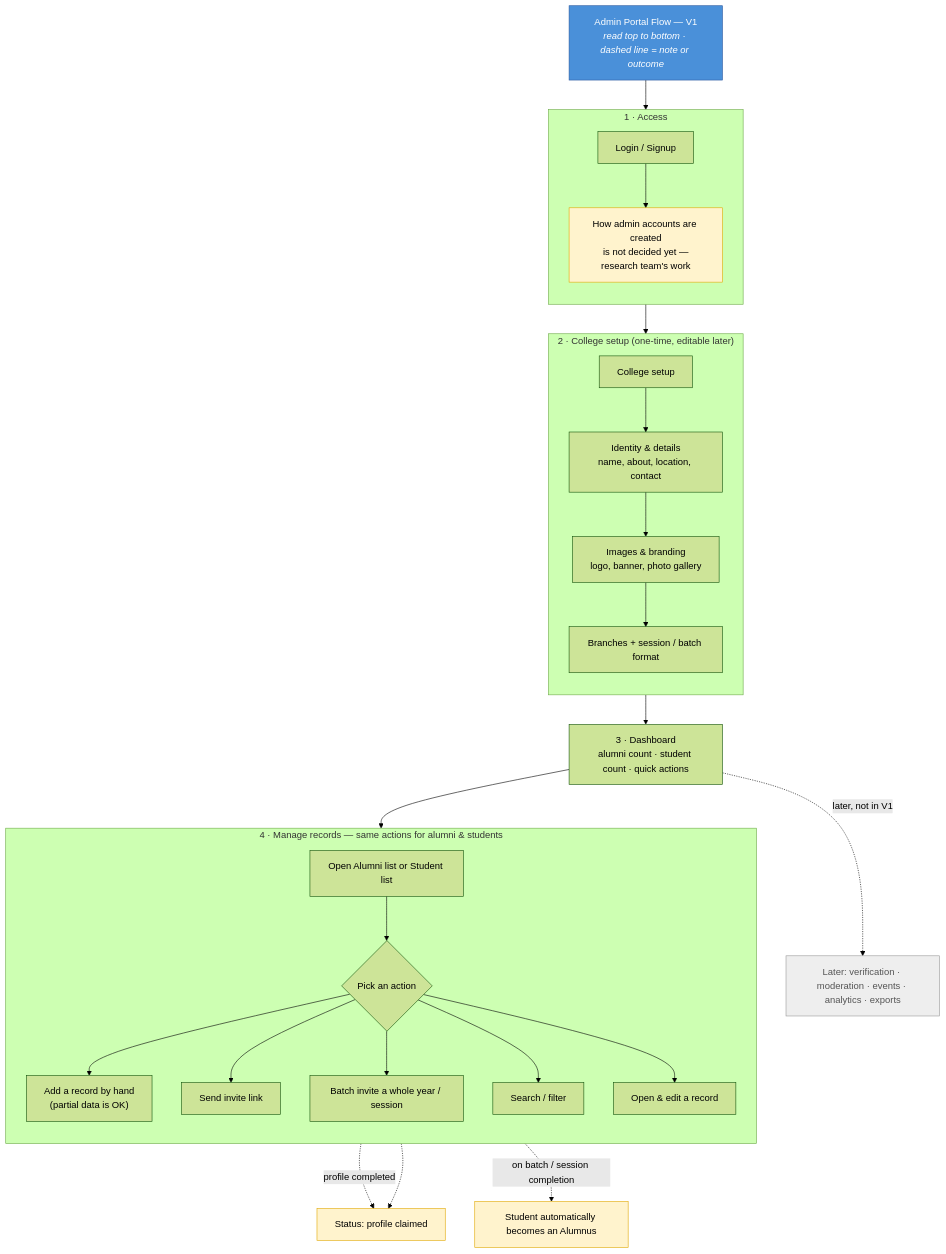
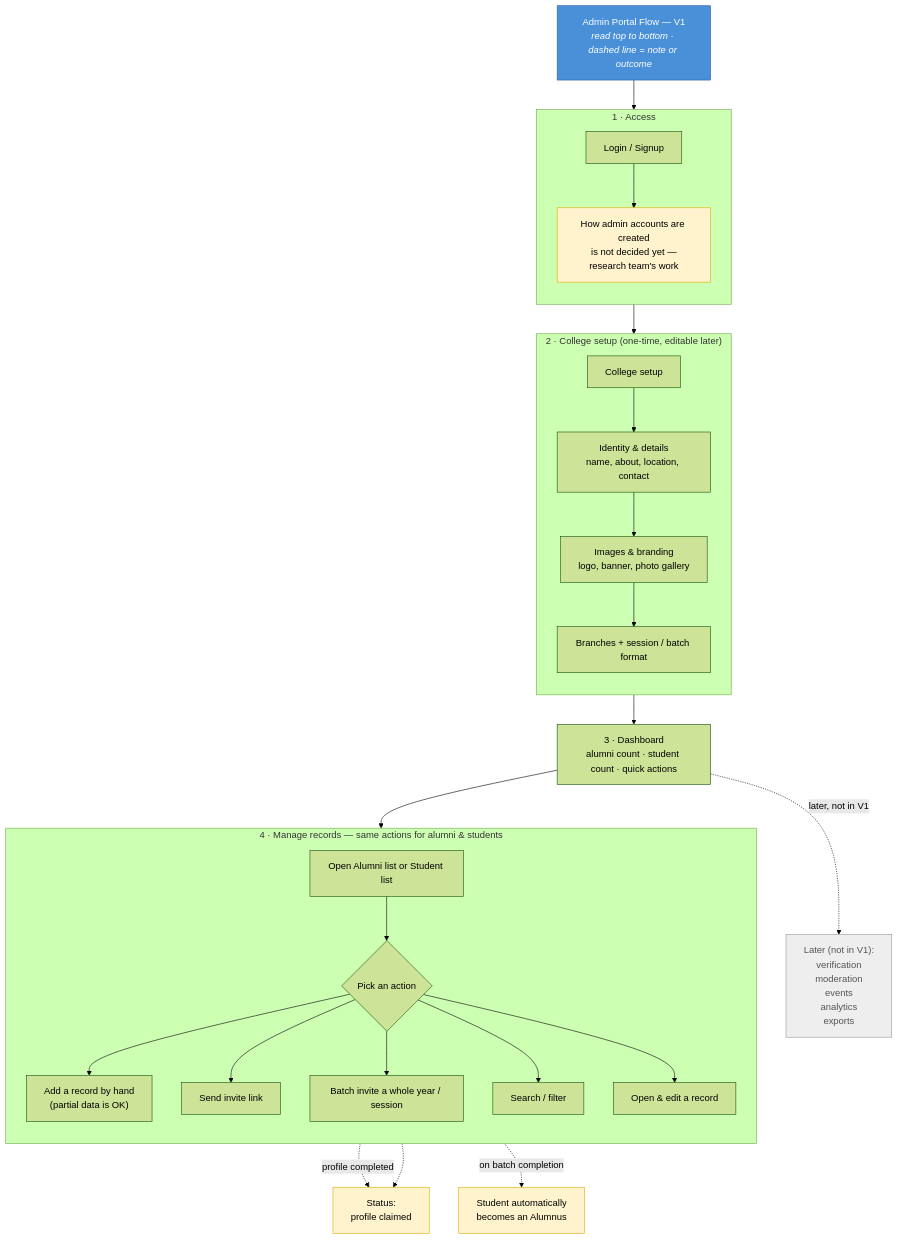
One commit to ColoredCow/alumni-connect changed the diagram in docs/admin-portal-flow.md. Above: the diagram before and after it, drawn with Mermaid (forest theme).

Commit message:
Wrap long node labels so text fits in the boxes
Break the 'becomes an Alumnus' and 'Later' nodes onto multiple lines
so the boxes grow taller and the full text shows instead of clipping.

````diff
--- a/docs/admin-portal-flow.md
+++ b/docs/admin-portal-flow.md
@@ -32,49 +32,49 @@
 ```mermaid
 flowchart TD
     Title["Admin Portal Flow — V1<br/><i>read top to bottom · dashed line = note or outcome</i>"]
     Title --> Login
 
     subgraph ACCESS ["1 · Access"]
         direction TB
         Login["Login / Signup"]
         Login --> AccessNote["How admin accounts are created<br/>is not decided yet —<br/>research team's work"]
     end
 
     AccessNote --> Setup
 
     subgraph SETUP ["2 · College setup (one-time, editable later)"]
         direction TB
         Setup["College setup"]
         Setup --> Identity["Identity & details<br/>name, about, location, contact"]
         Identity --> Images["Images & branding<br/>logo, banner, photo gallery"]
         Images --> Academic["Branches + session / batch format"]
     end
 
     Academic --> Dashboard
 
     Dashboard["3 · Dashboard<br/>alumni count · student count · quick actions"]
     Dashboard --> Manage
 
     subgraph MANAGE ["4 · Manage records — same actions for alumni & students"]
         direction TB
         Manage["Open Alumni list or Student list"]
         Manage --> Actions{"Pick an action"}
         Actions --> Add["Add a record by hand<br/>(partial data is OK)"]
         Actions --> Invite["Send invite link"]
         Actions --> Batch["Batch invite a whole year / session"]
         Actions --> Search["Search / filter"]
         Actions --> Edit["Open & edit a record"]
     end
 
-    Invite -.->|"profile completed"| Claimed["Status: profile claimed"]
+    Invite -.->|"profile completed"| Claimed["Status:<br/>profile claimed"]
     Batch -.-> Claimed
-    Manage -.->|"on batch / session completion"| Auto["Student automatically becomes an Alumnus"]
-    Dashboard -.->|"later, not in V1"| Later["Later: verification · moderation · events · analytics · exports"]
+    Manage -.->|"on batch completion"| Auto["Student automatically<br/>becomes an Alumnus"]
+    Dashboard -.->|"later, not in V1"| Later["Later (not in V1):<br/>verification<br/>moderation<br/>events<br/>analytics<br/>exports"]
 
     classDef title fill:#4a90d9,stroke:#2c5aa0,color:#ffffff;
     classDef note fill:#fff3cd,stroke:#e0a800,color:#000000;
     classDef later fill:#eeeeee,stroke:#999999,color:#555555;
     class Title title;
     class AccessNote,Claimed,Auto note;
     class Later later;
 ```
````
